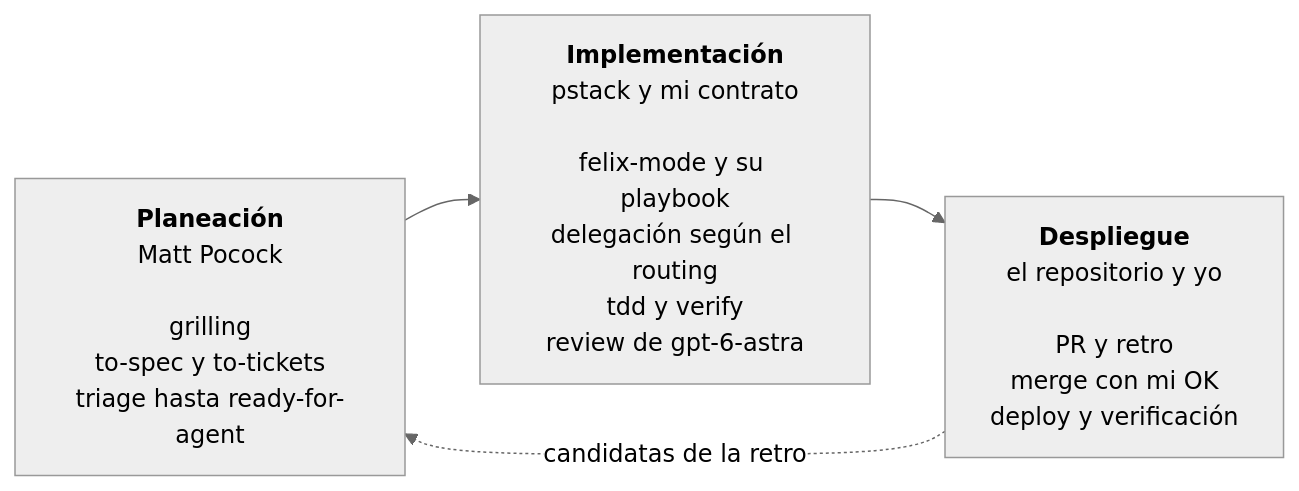
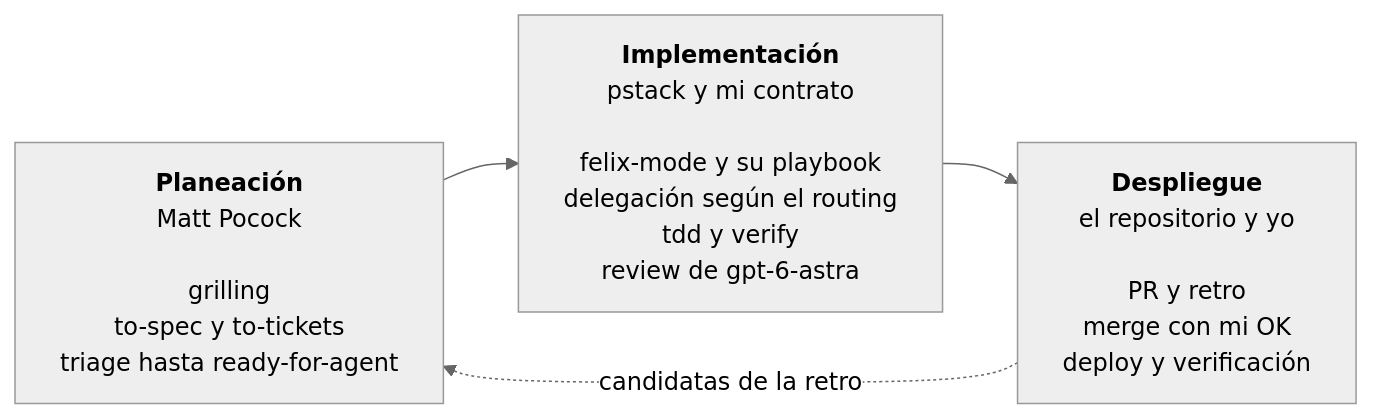
The diagram in README.md (Cosmonaut-itc/felix-agent-engineering), drawn with Mermaid (neutral theme) before and after one commit.

Commit message:
docs: ensanchar los nodos del diagrama de fases

````diff
--- a/README.md
+++ b/README.md
@@ -20,8 +20,13 @@
 ```mermaid
+---
+config:
+  flowchart:
+    wrappingWidth: 320
+---
 flowchart LR
   P["<b>Planeación</b><br/>Matt Pocock<br/><br/>grilling<br/>to-spec y to-tickets<br/>triage hasta ready-for-agent"]
   I["<b>Implementación</b><br/>pstack y mi contrato<br/><br/>felix-mode y su playbook<br/>delegación según el routing<br/>tdd y verify<br/>review de gpt-6-astra"]
   D["<b>Despliegue</b><br/>el repositorio y yo<br/><br/>PR y retro<br/>merge con mi OK<br/>deploy y verificación"]
   P --> I --> D
   D -.->|candidatas de la retro| P
 ```
````
